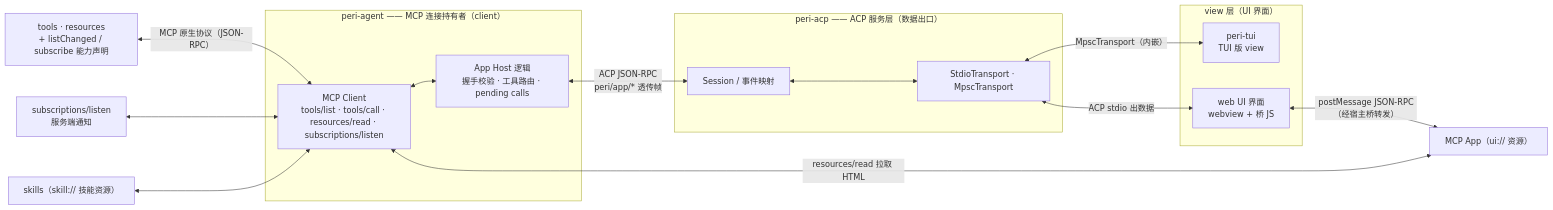
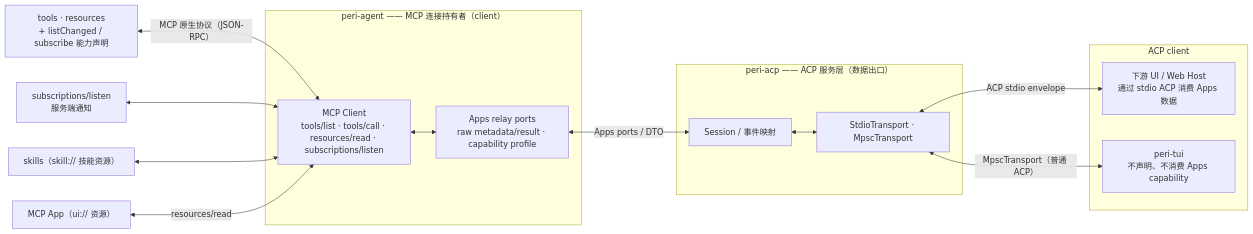
The first of 7 diagrams in docs/design/mcp-connector-guide-v2.md (KonghaYao/peri), drawn with Mermaid before and after one commit. The commit also changed other lines of this file and 48 other files, not shown here.

````diff
--- a/docs/design/mcp-connector-guide-v2.md
+++ b/docs/design/mcp-connector-guide-v2.md
@@ -58,30 +58,29 @@
 ```mermaid
 flowchart LR
     T["tools · resources<br/>+ listChanged / subscribe 能力声明"]
     N["subscriptions/listen<br/>服务端通知"]
     S["skills（skill:// 技能资源）"]
     A["MCP App（ui:// 资源）"]
     subgraph AGENT["peri-agent —— MCP 连接持有者（client）"]
         MC["MCP Client<br/>tools/list · tools/call · resources/read · subscriptions/listen"]
-        HOST["App Host 逻辑<br/>握手校验 · 工具路由 · pending calls"]
+        RELAY["Apps relay ports<br/>raw metadata/result · capability profile"]
     end
     subgraph ACP["peri-acp —— ACP 服务层（数据出口）"]
         SESS["Session / 事件映射"]
         ST["StdioTransport · MpscTransport"]
     end
-    subgraph VIEW["view 层（UI 界面）"]
-        TUI["peri-tui<br/>TUI 版 view"]
-        WEB["web UI 界面<br/>webview + 桥 JS"]
+    subgraph VIEW["ACP client"]
+        DOWNSTREAM["下游 UI / Web Host<br/>通过 stdio ACP 消费 Apps 数据"]
+        TUI["peri-tui<br/>不声明、不消费 Apps capability"]
     end
 
     T <-->|"MCP 原生协议（JSON-RPC）"| MC
     N <--> MC
     S <--> MC
-    A <-->|"resources/read 拉取 HTML"| MC
-    MC <--> HOST
-    HOST <-->|"ACP JSON-RPC<br/>peri/app/* 透传帧"| SESS
+    A <-->|"resources/read"| MC
+    MC <--> RELAY
+    RELAY <-->|"Apps ports / DTO"| SESS
     SESS <--> ST
-    ST <-->|"ACP stdio 出数据"| WEB
-    ST <-->|"MpscTransport（内嵌）"| TUI
-    WEB <-->|"postMessage JSON-RPC（经宿主桥转发）"| A
+    ST <-->|"ACP stdio envelope"| DOWNSTREAM
+    ST <-->|"MpscTransport（普通 ACP）"| TUI
 ```
````
